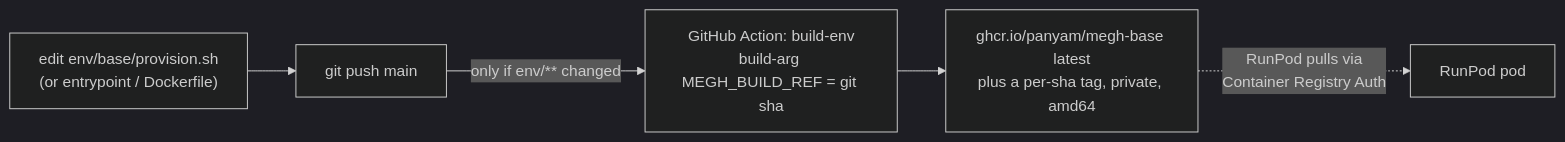
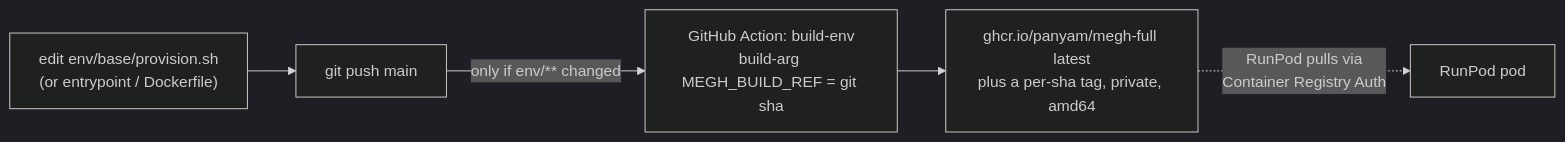
One commit to panyam/megh changed the first of 5 diagrams in docs/LIFECYCLE.md. Above: the diagram before and after it, drawn with Mermaid (dark theme). The commit also changed 13 other files, not shown here.

First line of the commit message:
Rename the full flavor from base to full

````diff
--- a/docs/LIFECYCLE.md
+++ b/docs/LIFECYCLE.md
@@ -12,7 +12,7 @@
 ```mermaid
 flowchart LR
   edit["edit env/base/provision.sh<br>(or entrypoint / Dockerfile)"] --> push["git push main"]
   push -->|"only if env/** changed"| ci["GitHub Action: build-env<br>build-arg MEGH_BUILD_REF = git sha"]
-  ci --> ghcr["ghcr.io/panyam/megh-base latest<br>plus a per-sha tag, private, amd64"]
+  ci --> ghcr["ghcr.io/panyam/megh-full latest<br>plus a per-sha tag, private, amd64"]
   ghcr -.->|"RunPod pulls via<br>Container Registry Auth"| pod["RunPod pod"]
 ```
````
